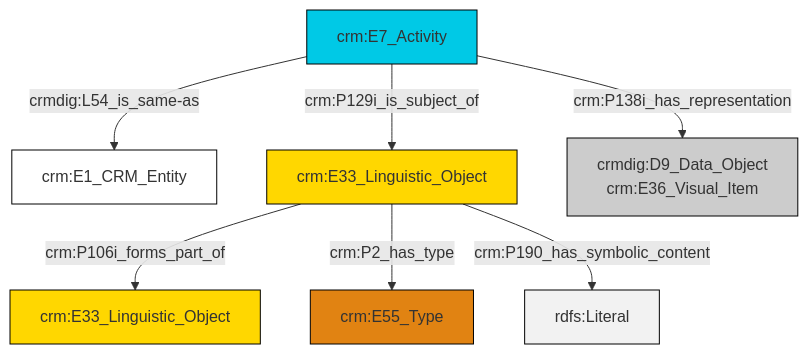
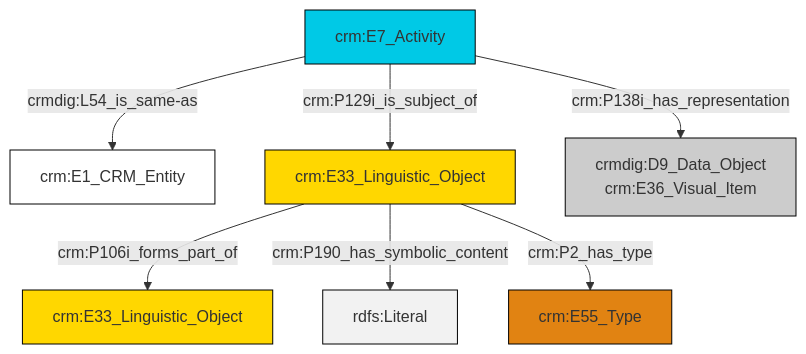
Before and after one commit to swiss-art-research-net/docs.swissartresearch: the diagram in et/eventCSV/ttl/mmd/event_documentation.ttl.mmd, drawn with Mermaid. The commit also changed 205 other files, not shown here.

```diff
--- a/et/eventCSV/ttl/mmd/event_documentation.ttl.mmd
+++ b/et/eventCSV/ttl/mmd/event_documentation.ttl.mmd
@@ -1,21 +1,21 @@
 graph TD
 classDef Literal fill:#f2f2f2,stroke:#000000;
 classDef CRM_Entity fill:#FFFFFF,stroke:#000000;
 classDef Temporal_Entity fill:#00C9E6, stroke:#000000;
 classDef Type fill:#E18312, stroke:#000000;
 classDef Time-Span fill:#2C9C91, stroke:#000000;
 classDef Appellation fill:#FFEB7F, stroke:#000000;
 classDef Place fill:#008836, stroke:#000000;
 classDef Persistent_Item fill:#B266B2, stroke:#000000;
 classDef Conceptual_Object fill:#FFD700, stroke:#000000;
 classDef Physical_Thing fill:#D2B48C, stroke:#000000;
 classDef Actor fill:#f58aad, stroke:#000000;
 classDef PC_Classes fill:#4ce600, stroke:#000000;
 classDef Multi fill:#cccccc,stroke:#000000;
 
-2["crm:E7_Activity"]:::Temporal_Entity -->|crmdig:L54_is_same-as| 3["crm:E1_CRM_Entity"]:::CRM_Entity
-4["crm:E33_Linguistic_Object"]:::Conceptual_Object -->|crm:P106i_forms_part_of| 5["crm:E33_Linguistic_Object"]:::Conceptual_Object
-4["crm:E33_Linguistic_Object"]:::Conceptual_Object -->|crm:P2_has_type| 0["crm:E55_Type"]:::Type
-2["crm:E7_Activity"]:::Temporal_Entity -->|crm:P129i_is_subject_of| 4["crm:E33_Linguistic_Object"]:::Conceptual_Object
-4["crm:E33_Linguistic_Object"]:::Conceptual_Object -->|crm:P190_has_symbolic_content| 10[rdfs:Literal]:::Literal
-2["crm:E7_Activity"]:::Temporal_Entity -->|crm:P138i_has_representation| 7["crmdig:D9_Data_Object<br>crm:E36_Visual_Item"]:::Multi
+0["crm:E7_Activity"]:::Temporal_Entity -->|crmdig:L54_is_same-as| 1["crm:E1_CRM_Entity"]:::CRM_Entity
+5["crm:E33_Linguistic_Object"]:::Conceptual_Object -->|crm:P106i_forms_part_of| 6["crm:E33_Linguistic_Object"]:::Conceptual_Object
+0["crm:E7_Activity"]:::Temporal_Entity -->|crm:P129i_is_subject_of| 5["crm:E33_Linguistic_Object"]:::Conceptual_Object
+5["crm:E33_Linguistic_Object"]:::Conceptual_Object -->|crm:P190_has_symbolic_content| 7[rdfs:Literal]:::Literal
+5["crm:E33_Linguistic_Object"]:::Conceptual_Object -->|crm:P2_has_type| 3["crm:E55_Type"]:::Type
+0["crm:E7_Activity"]:::Temporal_Entity -->|crm:P138i_has_representation| 9["crmdig:D9_Data_Object<br>crm:E36_Visual_Item"]:::Multi
```
